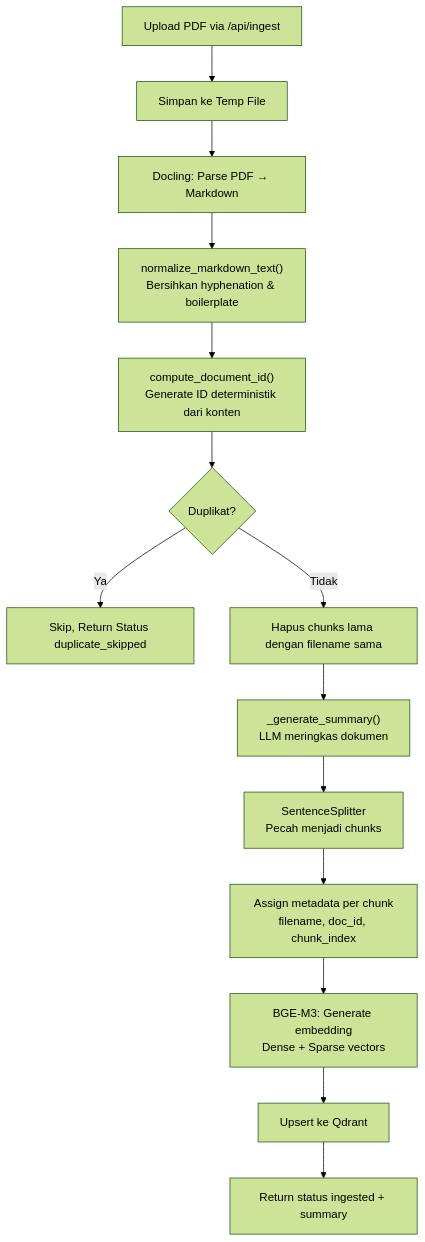
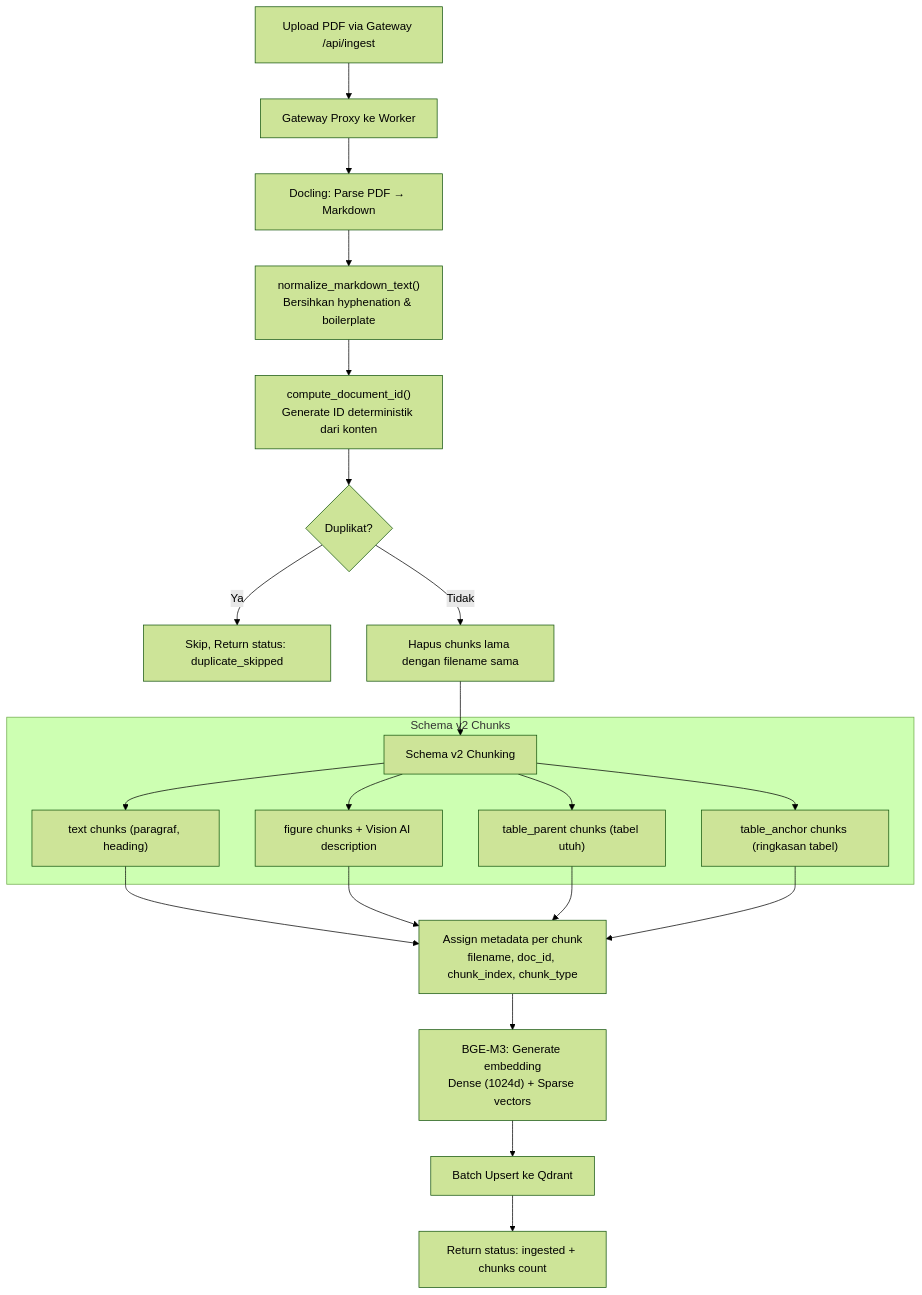
The first of 2 diagrams in 01-Application/1.3-alur-ingestion-dan-chat.md (sindika-co-id/rag), drawn with Mermaid (forest theme) before and after one commit. The commit also changed other lines of this file and 6 other files, not shown here.

````diff
--- a/01-Application/1.3-alur-ingestion-dan-chat.md
+++ b/01-Application/1.3-alur-ingestion-dan-chat.md
@@ -44,16 +43,23 @@
 ```mermaid
 flowchart TD
-    A[Upload PDF via /api/ingest] --> B[Simpan ke Temp File]
-    B --> C[Docling: Parse PDF → Markdown]
+    A["Upload PDF via Gateway /api/ingest"] --> B["Gateway Proxy ke Worker"]
+    B --> C["Docling: Parse PDF → Markdown"]
     C --> D["normalize_markdown_text()<br>Bersihkan hyphenation & boilerplate"]
     D --> E["compute_document_id()<br>Generate ID deterministik dari konten"]
     E --> F{Duplikat?}
-    F -->|Ya| G[Skip, Return Status duplicate_skipped]
-    F -->|Tidak| H[Hapus chunks lama dengan filename sama]
-    H --> I["_generate_summary()<br>LLM meringkas dokumen"]
-    I --> J["SentenceSplitter<br>Pecah menjadi chunks"]
-    J --> K["Assign metadata per chunk<br>filename, doc_id, chunk_index"]
-    K --> L["BGE-M3: Generate embedding<br>Dense + Sparse vectors"]
-    L --> M[Upsert ke Qdrant]
-    M --> N[Return status ingested + summary]
+    F -->|Ya| G["Skip, Return status: duplicate_skipped"]
+    F -->|Tidak| H["Hapus chunks lama dengan filename sama"]
+    H --> I["Schema v2 Chunking"]
+    
+    subgraph "Schema v2 Chunks"
+        I --> I1["text chunks (paragraf, heading)"]
+        I --> I2["figure chunks + Vision AI description"]
+        I --> I3["table_parent chunks (tabel utuh)"]
+        I --> I4["table_anchor chunks (ringkasan tabel)"]
+    end
+    
+    I1 & I2 & I3 & I4 --> J["Assign metadata per chunk<br>filename, doc_id, chunk_index, chunk_type"]
+    J --> K["BGE-M3: Generate embedding<br>Dense (1024d) + Sparse vectors"]
+    K --> L["Batch Upsert ke Qdrant"]
+    L --> M["Return status: ingested + chunks count"]
 ```
````
